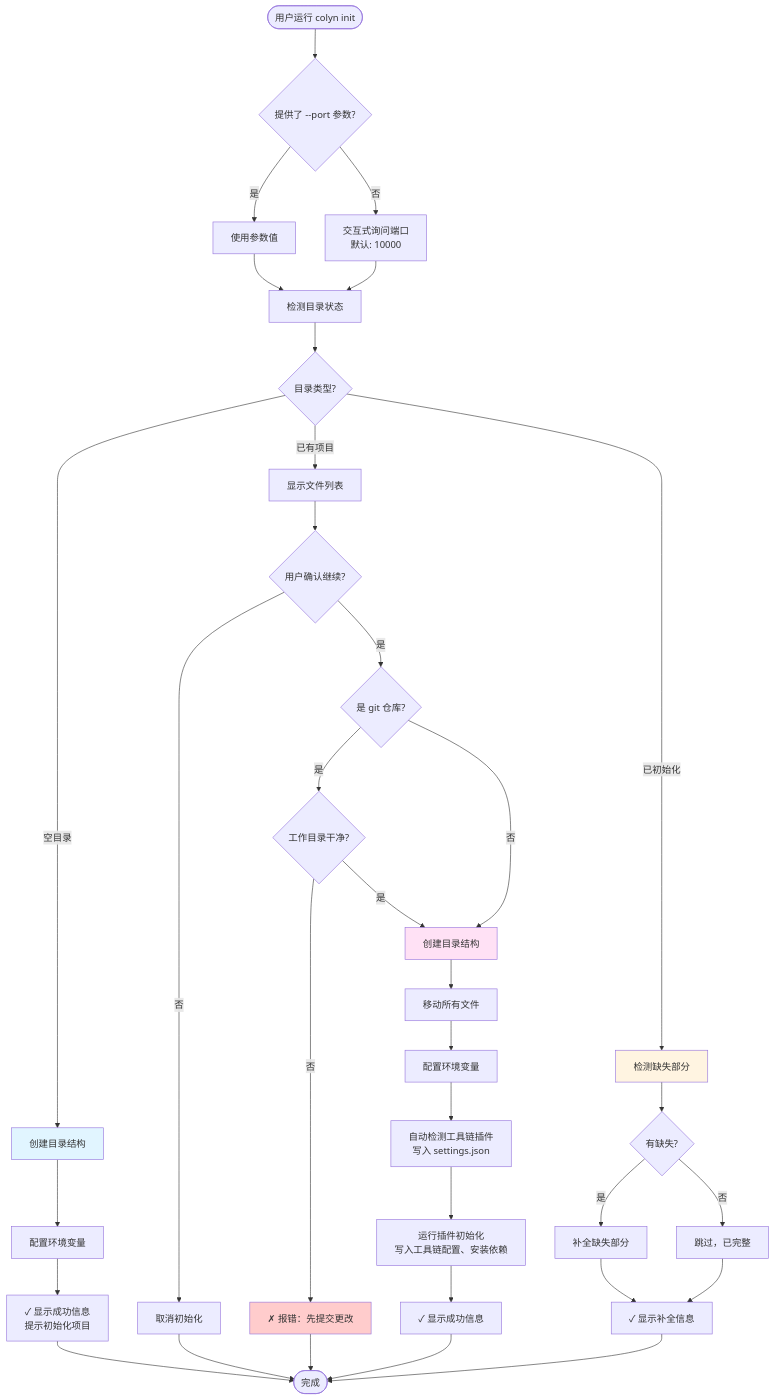
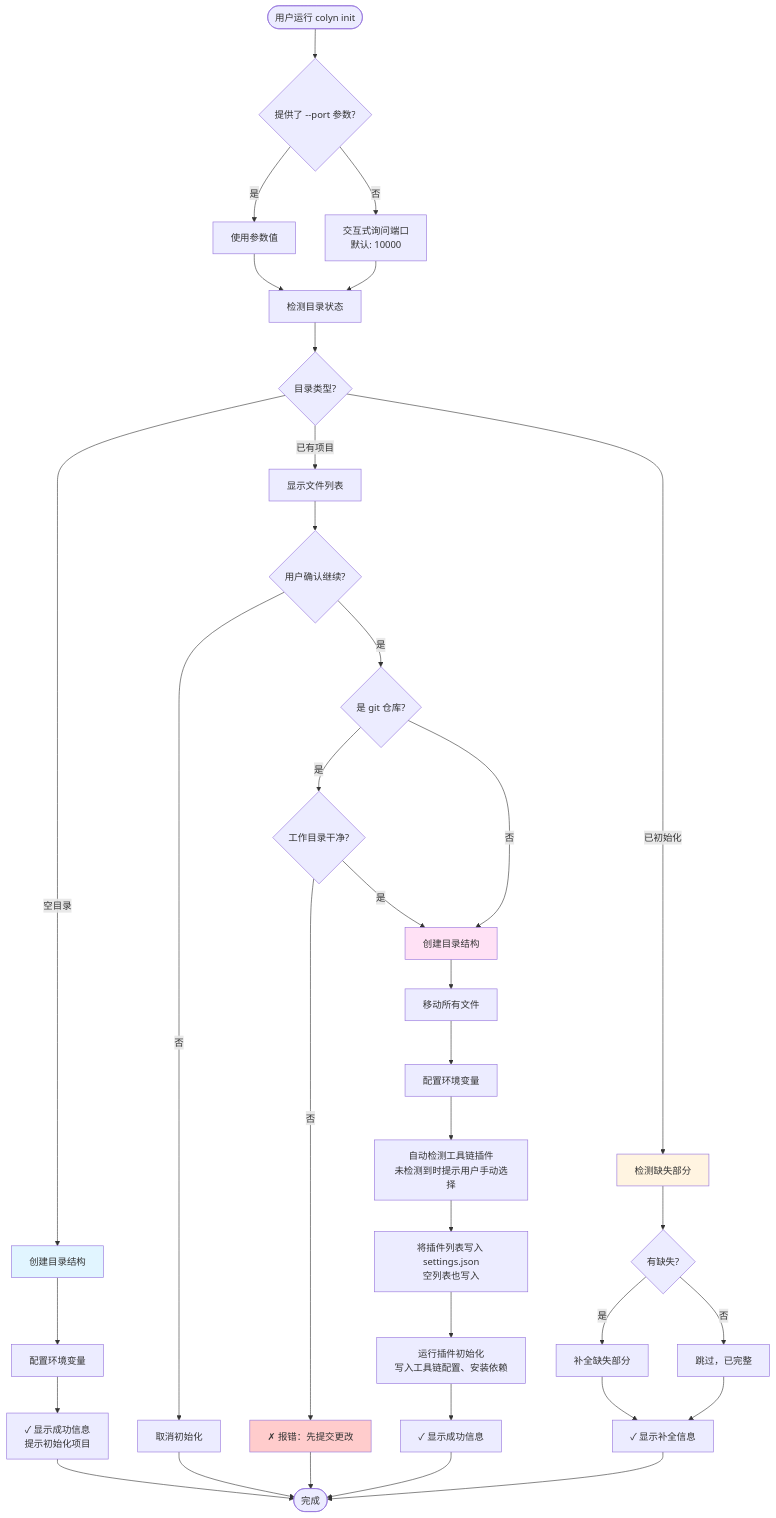
One commit to colin-han/colyn changed the first of 6 diagrams in docs/design-init-command.md. Above: the diagram before and after it, drawn with Mermaid. The commit also changed other lines of this file and 9 other files, not shown here.

````diff
--- a/docs/design-init-command.md
+++ b/docs/design-init-command.md
@@ -183,54 +183,55 @@
 ```mermaid
 graph TD
     Start([用户运行 colyn init]) --> CheckPort{提供了 --port 参数?}
 
     CheckPort -->|是| UsePort[使用参数值]
     CheckPort -->|否| AskPort[交互式询问端口<br/>默认: 10000]
 
     UsePort --> DetectDir[检测目录状态]
     AskPort --> DetectDir
 
     DetectDir --> DirType{目录类型?}
 
     %% 空目录流程
     DirType -->|空目录| EmptyCreate[创建目录结构]
     EmptyCreate --> EmptyEnv[配置环境变量]
     EmptyEnv --> EmptySuccess[✓ 显示成功信息<br/>提示初始化项目]
     EmptySuccess --> End([完成])
 
     %% 已有项目流程
     DirType -->|已有项目| ShowFiles[显示文件列表]
     ShowFiles --> AskConfirm{用户确认继续?}
     AskConfirm -->|否| Cancel[取消初始化]
     AskConfirm -->|是| CheckGit{是 git 仓库?}
 
     CheckGit -->|是| CheckClean{工作目录干净?}
     CheckGit -->|否| CreateDirs
 
     CheckClean -->|否| ErrorDirty[✗ 报错：先提交更改]
     CheckClean -->|是| CreateDirs[创建目录结构]
 
     CreateDirs --> MoveFiles[移动所有文件]
     MoveFiles --> ConfigEnv[配置环境变量]
-    ConfigEnv --> DetectPlugins[自动检测工具链插件<br/>写入 settings.json]
-    DetectPlugins --> RunPluginInit[运行插件初始化<br/>写入工具链配置、安装依赖]
+    ConfigEnv --> DetectPlugins[自动检测工具链插件<br/>未检测到时提示用户手动选择]
+    DetectPlugins --> SavePlugins[将插件列表写入 settings.json<br/>空列表也写入]
+    SavePlugins --> RunPluginInit[运行插件初始化<br/>写入工具链配置、安装依赖]
     RunPluginInit --> ProjectSuccess[✓ 显示成功信息]
     ProjectSuccess --> End
 
     %% 已初始化流程
     DirType -->|已初始化| CheckMissing[检测缺失部分]
     CheckMissing --> HasMissing{有缺失?}
     HasMissing -->|是| CompleteMissing[补全缺失部分]
     HasMissing -->|否| SkipComplete[跳过，已完整]
     CompleteMissing --> CompleteSuccess[✓ 显示补全信息]
     SkipComplete --> CompleteSuccess
     CompleteSuccess --> End
 
     Cancel --> End
     ErrorDirty --> End
 
     style EmptyCreate fill:#e1f5ff
     style CreateDirs fill:#ffe1f5
     style CheckMissing fill:#fff4e1
     style ErrorDirty fill:#ffcccc
 ```
````
